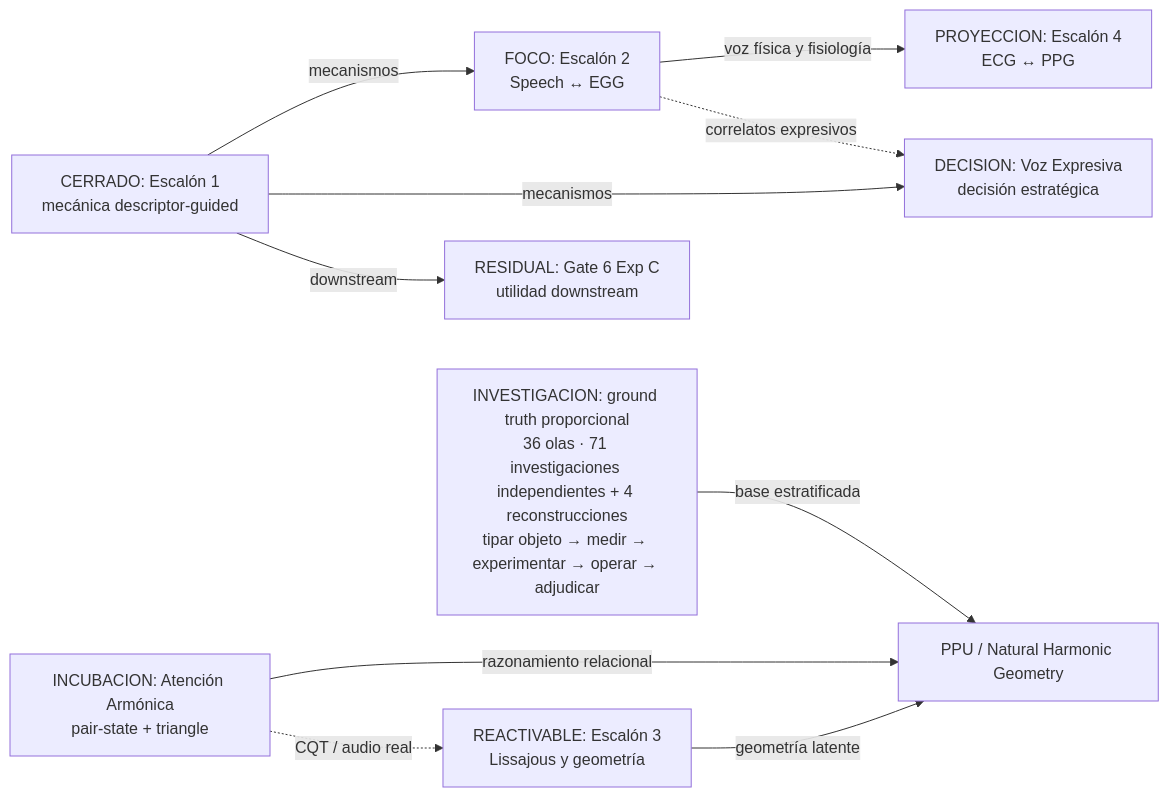
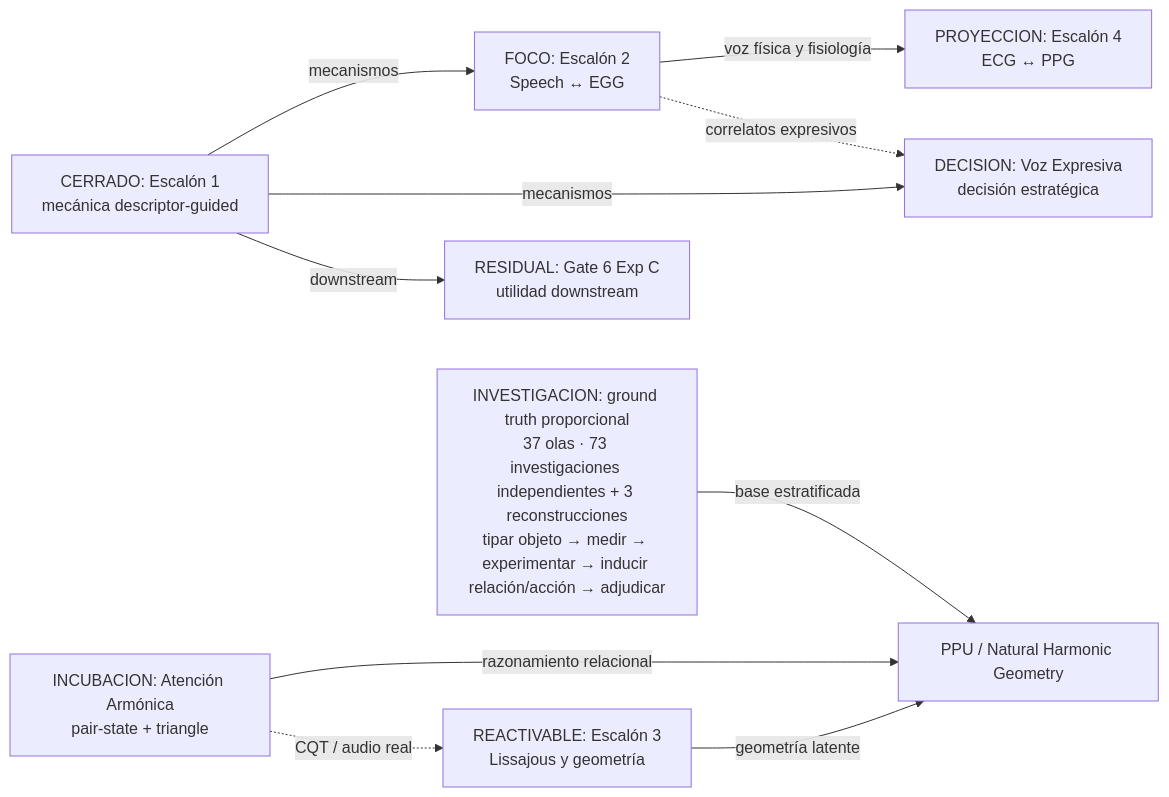
The first of 2 diagrams in Documents/05_WIKI/MAPA_VISUAL_DEL_PROGRAMA.md (Mar-IA-no/Phideus), drawn with Mermaid before and after one commit. The commit also changed 10 other files, not shown here.

````diff
--- a/Documents/05_WIKI/MAPA_VISUAL_DEL_PROGRAMA.md
+++ b/Documents/05_WIKI/MAPA_VISUAL_DEL_PROGRAMA.md
@@ -36,22 +36,22 @@
 ```mermaid
 flowchart LR
     E1["CERRADO: Escalón 1<br/>mecánica descriptor-guided"]
     G6["RESIDUAL: Gate 6 Exp C<br/>utilidad downstream"]
     E2["FOCO: Escalón 2<br/>Speech ↔ EGG"]
     VE["DECISION: Voz Expresiva<br/>decisión estratégica"]
     E3["REACTIVABLE: Escalón 3<br/>Lissajous y geometría"]
     AA["INCUBACION: Atención Armónica<br/>pair-state + triangle"]
     E4["PROYECCION: Escalón 4<br/>ECG ↔ PPG"]
     PPU["PPU / Natural Harmonic Geometry"]
-    GT["INVESTIGACION: ground truth proporcional<br/>36 olas · 71 investigaciones independientes + 4 reconstrucciones<br/>tipar objeto → medir → experimentar → operar → adjudicar"]
+    GT["INVESTIGACION: ground truth proporcional<br/>37 olas · 73 investigaciones independientes + 3 reconstrucciones<br/>tipar objeto → medir → experimentar → inducir relación/acción → adjudicar"]
 
     E1 -->|mecanismos| E2
     E1 -->|mecanismos| VE
     E1 -->|downstream| G6
     E2 -->|voz física y fisiología| E4
     E2 -.->|correlatos expresivos| VE
     E3 -->|geometría latente| PPU
     AA -->|razonamiento relacional| PPU
     GT -->|base estratificada| PPU
     AA -.->|CQT / audio real| E3
 ```
````
